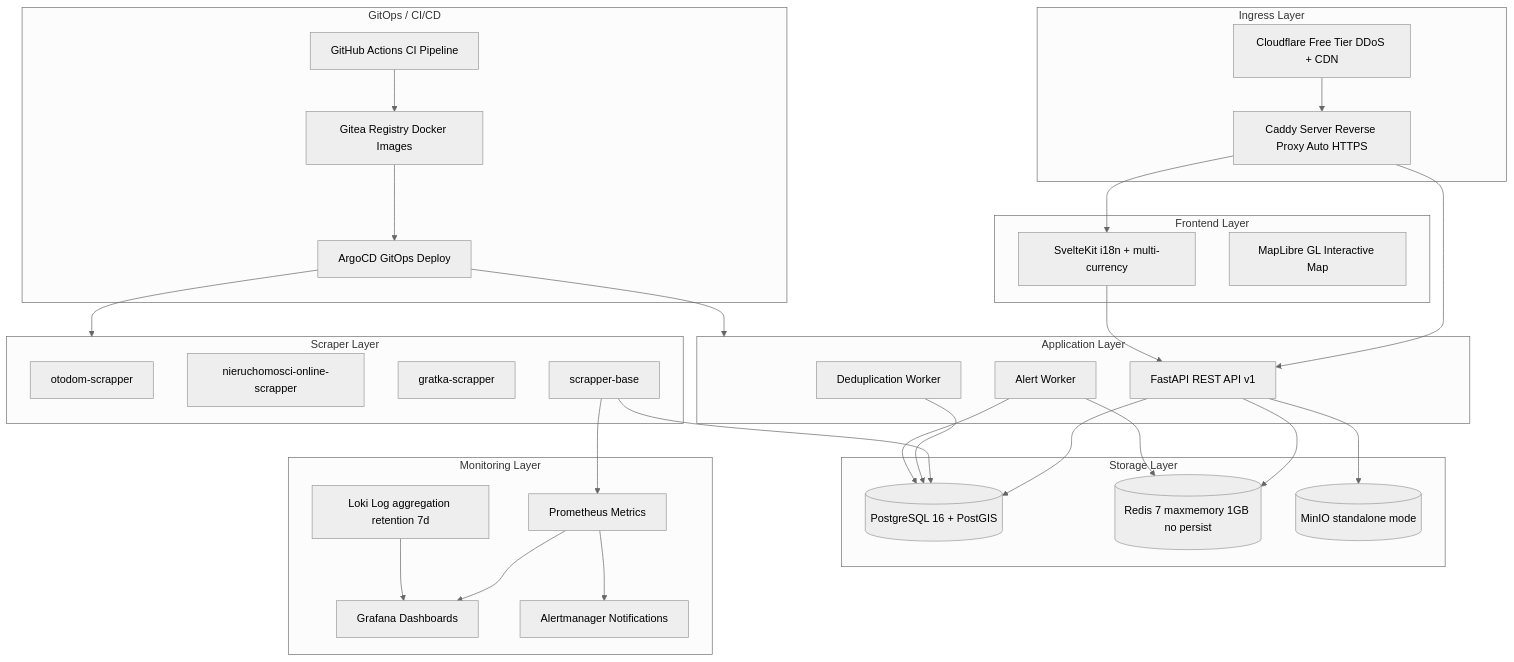
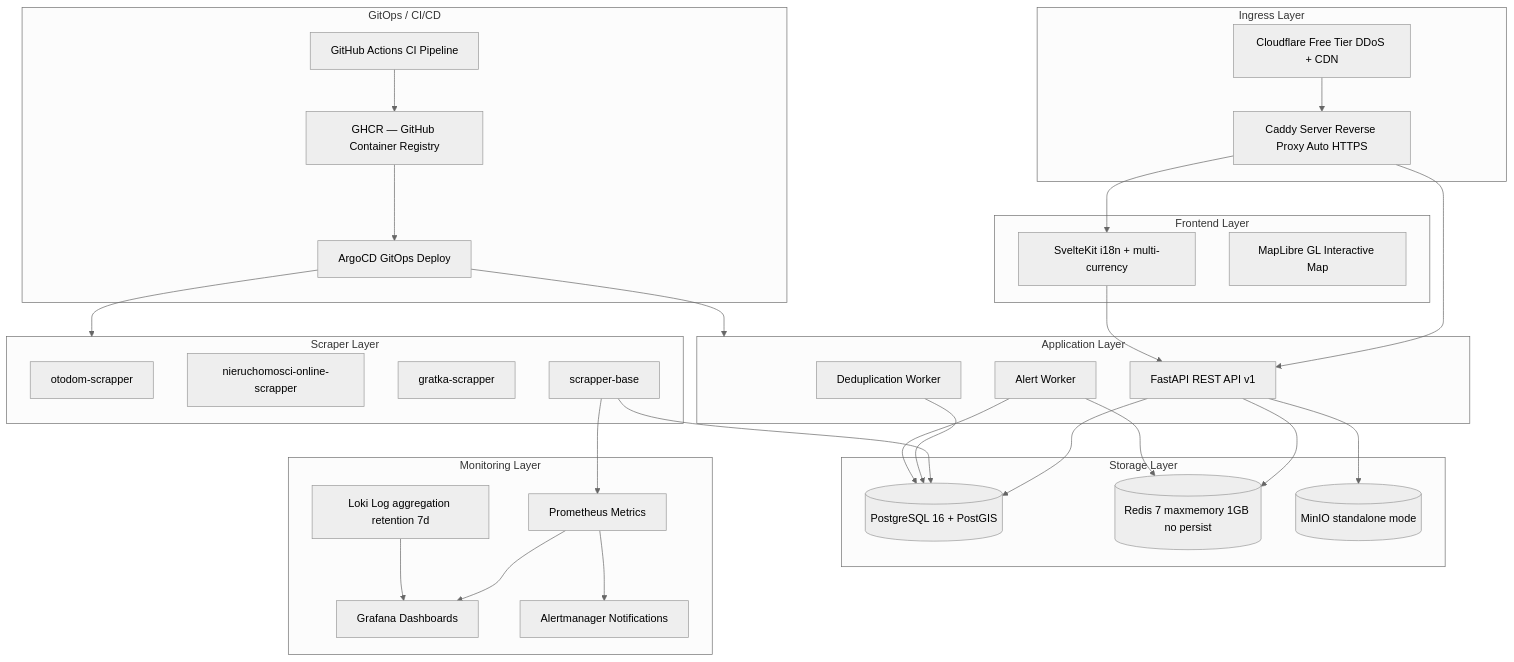
Before and after one commit to rendenwald/nieruchomosci-ados: the first of 2 diagrams in specs/specs/020-ARCHITECTURE.md, drawn with Mermaid (neutral theme). The commit also changed other lines of this file and 13 other files, not shown here.

First line of the commit message:
docs: replace Gitea references with GHCR (GitHub Container Registry)

````diff
--- a/specs/specs/020-ARCHITECTURE.md
+++ b/specs/specs/020-ARCHITECTURE.md
@@ -13,57 +13,57 @@
 ```mermaid
 graph TB
     subgraph INGRESS["Ingress Layer"]
         CF[Cloudflare Free Tier DDoS + CDN]
         CADDY[Caddy Server Reverse Proxy Auto HTTPS]
     end
 
     subgraph SCRAPERS["Scraper Layer"]
         OS[otodom-scrapper]
         NS[nieruchomosci-online-scrapper]
         GS[gratka-scrapper]
         SB[scrapper-base]
     end
 
     subgraph APP["Application Layer"]
         API[FastAPI REST API v1]
         DD[Deduplication Worker]
         ALERT[Alert Worker]
     end
 
     subgraph STORAGE["Storage Layer"]
         PG[(PostgreSQL 16 + PostGIS)]
         REDIS[(Redis 7 maxmemory 1GB no persist)]
         MINIO[(MinIO standalone mode)]
     end
 
     subgraph FRONTEND["Frontend Layer"]
         SK[SvelteKit i18n + multi-currency]
         MAP[MapLibre GL Interactive Map]
     end
 
     subgraph MONITORING["Monitoring Layer"]
         PROM[Prometheus Metrics]
         GRAF[Grafana Dashboards]
         LOKI[Loki Log aggregation retention 7d]
         ALERT_MGR[Alertmanager Notifications]
     end
 
     subgraph CICD["GitOps / CI/CD"]
         GH[GitHub Actions CI Pipeline]
         ARGOCD[ArgoCD GitOps Deploy]
-        REG[Gitea Registry Docker Images]
+        REG[GHCR — GitHub Container Registry]
     end
 
     CF --> CADDY
     CADDY --> SK & API
     SK --> API
     API --> PG & REDIS & MINIO
     SB --> PG & PROM
     DD --> PG
     ALERT --> REDIS & PG
     PROM --> GRAF & ALERT_MGR
     LOKI --> GRAF
     GH --> REG
     REG --> ARGOCD
     ARGOCD --> APP & SCRAPERS
 ```
````
